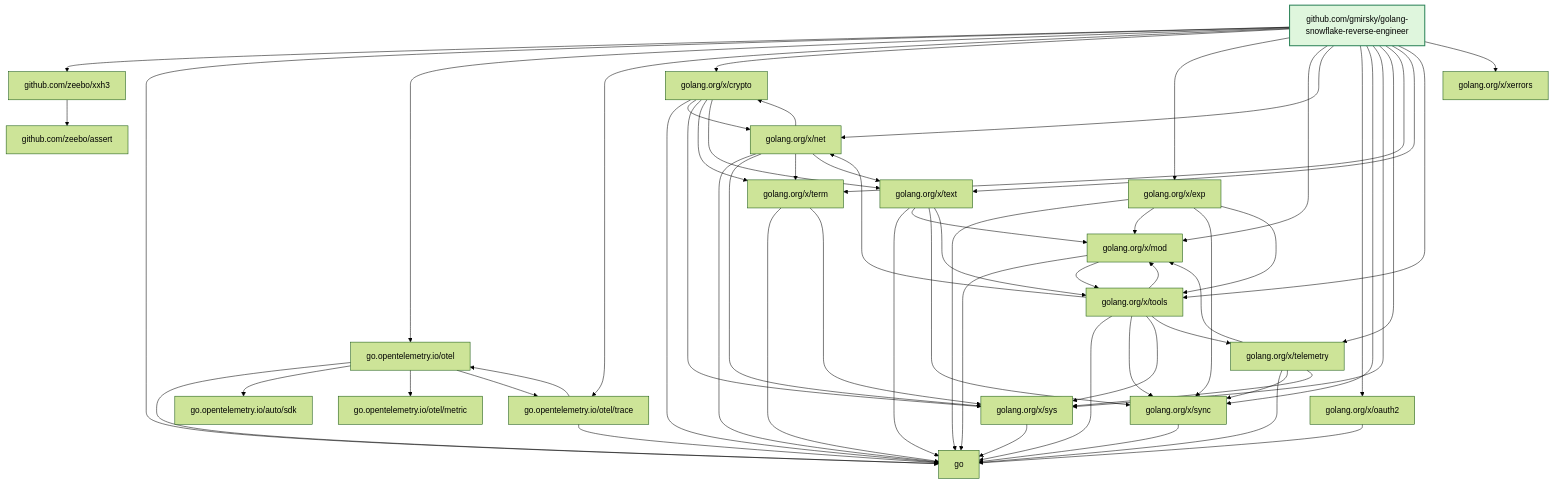
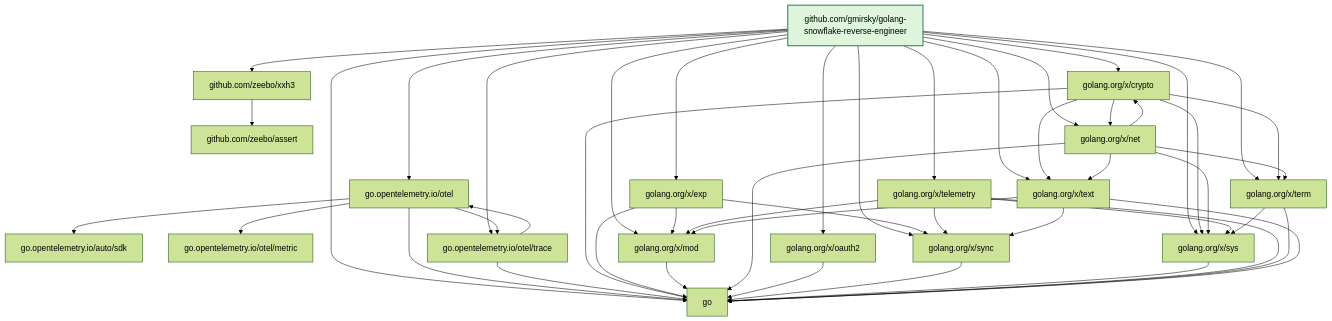
The seventh of 8 diagrams in README.md (gmirsky/golang-snowflake-reverse-engineer), drawn with Mermaid (forest theme) before and after one commit. The commit also changed other lines of this file, not shown here.

Commit message:
feat: update dependency graph in README.md to include go-sqlmock and reorganize sections

````diff
--- a/README.md
+++ b/README.md
@@ -1149,8 +1165,6 @@
   N16["golang.org/x/telemetry"]
   N17["golang.org/x/term"]
   N18["golang.org/x/text"]
-  N19["golang.org/x/tools"]
-  N20["golang.org/x/xerrors"]
   N1 --> N3
   N1 --> N4
   N1 --> N6
@@ -1165,8 +1179,6 @@
   N1 --> N16
   N1 --> N17
   N1 --> N18
-  N1 --> N19
-  N1 --> N20
   N3 --> N2
   N6 --> N4
   N6 --> N5
@@ -1182,9 +1194,7 @@
   N10 --> N4
   N10 --> N11
   N10 --> N14
-  N10 --> N19
   N11 --> N4
-  N11 --> N19
   N12 --> N4
   N12 --> N9
   N12 --> N15
@@ -1202,11 +1212,4 @@
   N18 --> N4
   N18 --> N11
   N18 --> N14
-  N18 --> N19
-  N19 --> N4
-  N19 --> N11
-  N19 --> N12
-  N19 --> N14
-  N19 --> N15
-  N19 --> N16
 ```
````
